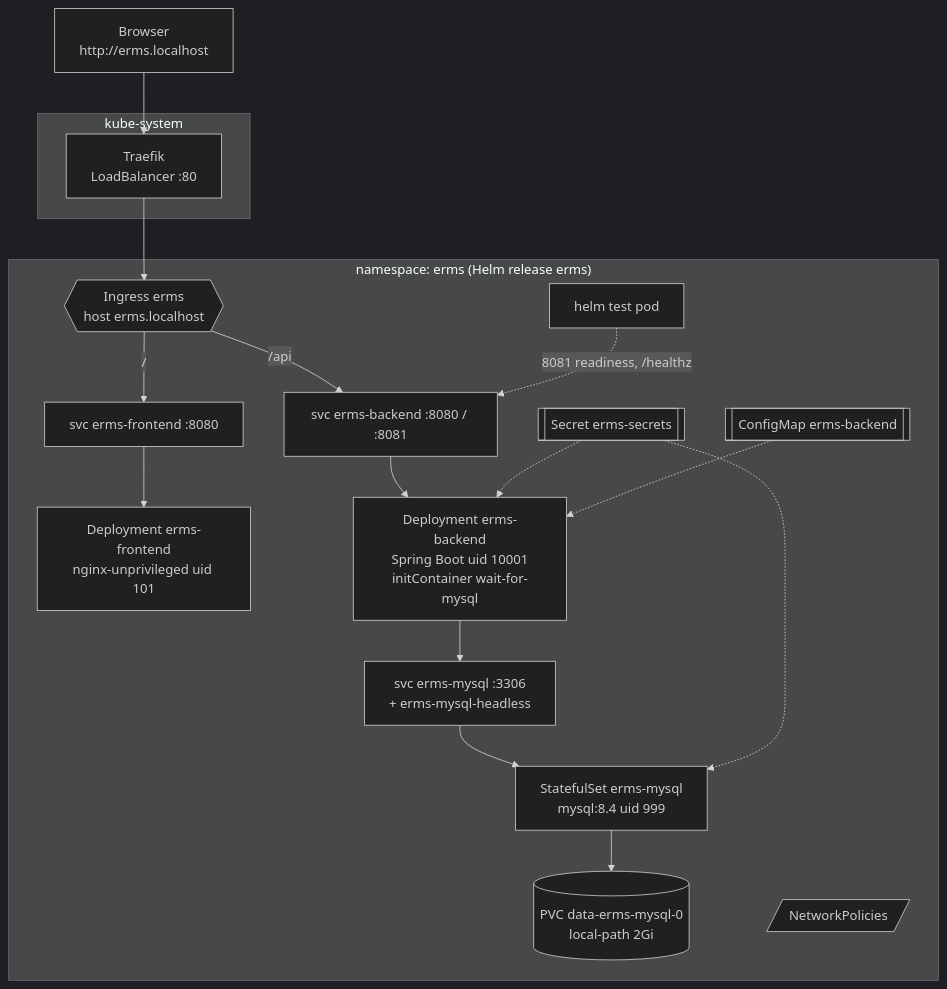
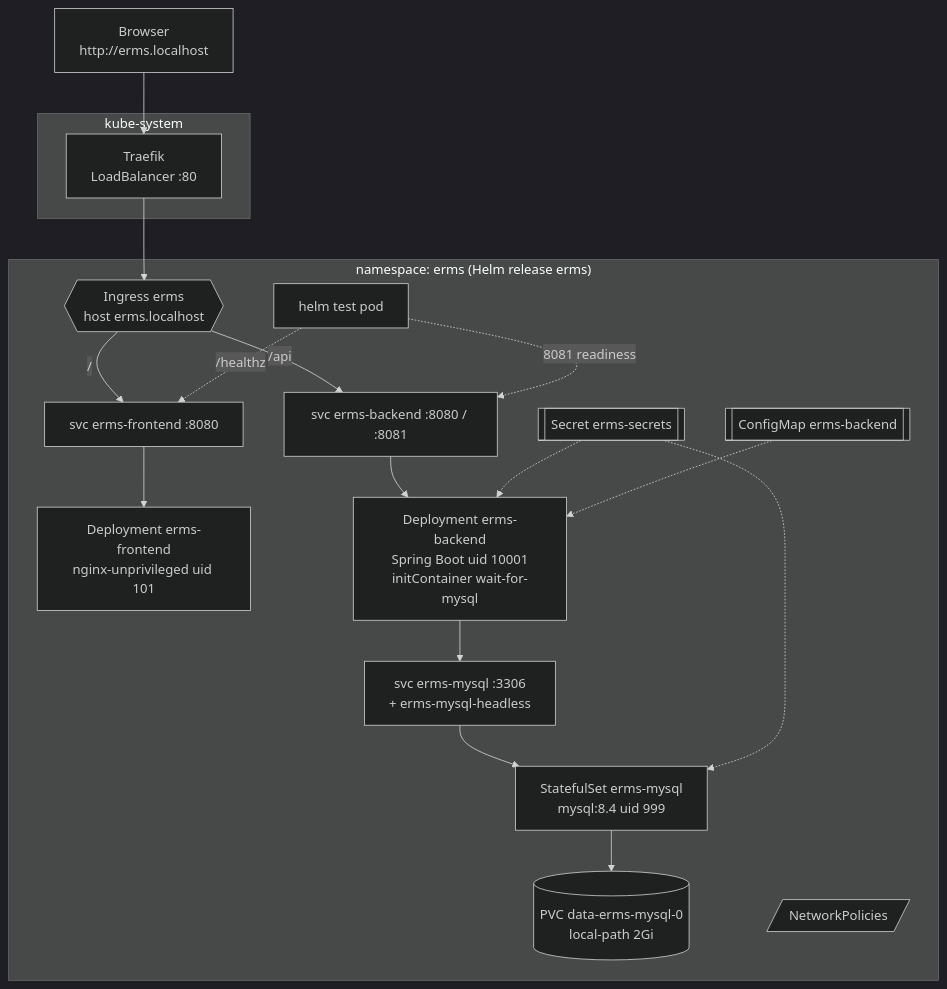
The diagram in docs/DEPLOYMENT.md (manojis/CriticalUtilityResponseService), drawn with Mermaid (dark theme) before and after one commit. The commit also changed other lines of this file and 302 other files, not shown here.

````diff
--- a/docs/DEPLOYMENT.md
+++ b/docs/DEPLOYMENT.md
@@ -14,29 +16,30 @@
 ```mermaid
 flowchart TB
     U["Browser<br/>http://erms.localhost"] --> T
     subgraph kube-system
         T[Traefik<br/>LoadBalancer :80]
     end
     subgraph erms["namespace: erms (Helm release erms)"]
         I{{Ingress erms<br/>host erms.localhost}}
         FS[svc erms-frontend :8080]
         BS[svc erms-backend :8080 / :8081]
         MS[svc erms-mysql :3306<br/>+ erms-mysql-headless]
         FD[Deployment erms-frontend<br/>nginx-unprivileged uid 101]
         BD[Deployment erms-backend<br/>Spring Boot uid 10001<br/>initContainer wait-for-mysql]
         SS[StatefulSet erms-mysql<br/>mysql:8.4 uid 999]
         PVC[(PVC data-erms-mysql-0<br/>local-path 2Gi)]
         SEC[[Secret erms-secrets]]
         CM[[ConfigMap erms-backend]]
         NP[/NetworkPolicies/]
         HT[helm test pod]
     end
     T --> I
     I -- "/" --> FS --> FD
     I -- "/api" --> BS --> BD
     BD --> MS --> SS --> PVC
     SEC -.-> BD
     SEC -.-> SS
     CM -.-> BD
-    HT -. "8081 readiness, /healthz" .-> BS
+    HT -. "8081 readiness" .-> BS
+    HT -. "/healthz" .-> FS
 ```
````
